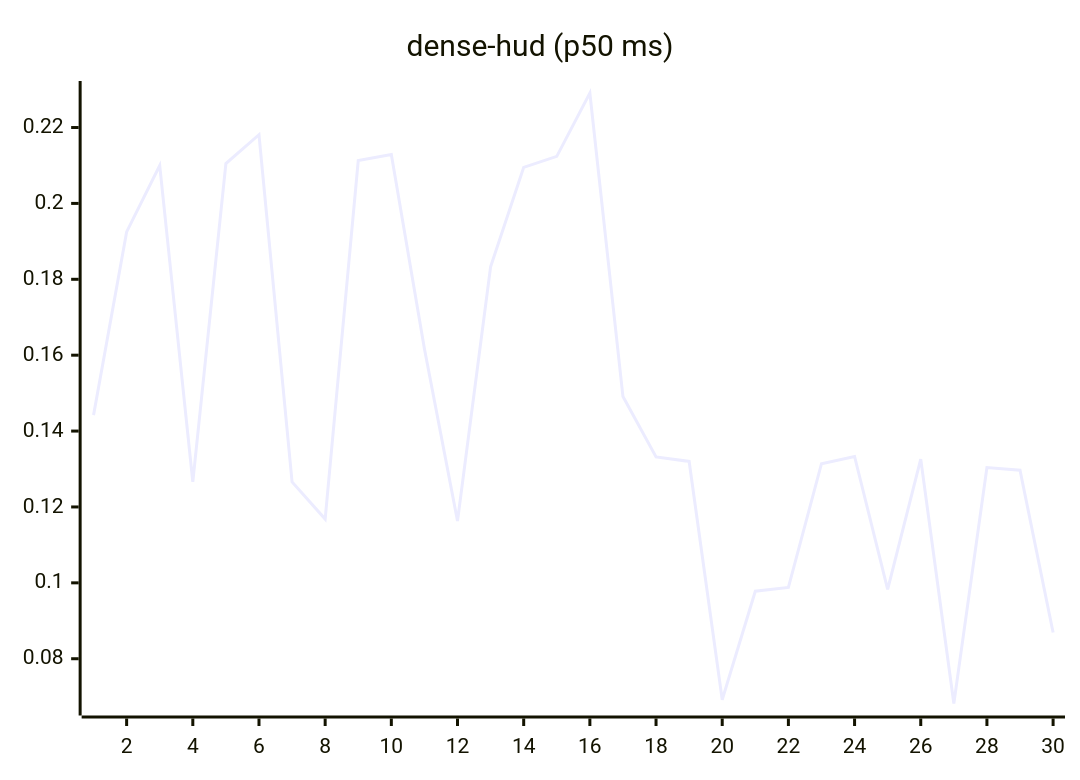
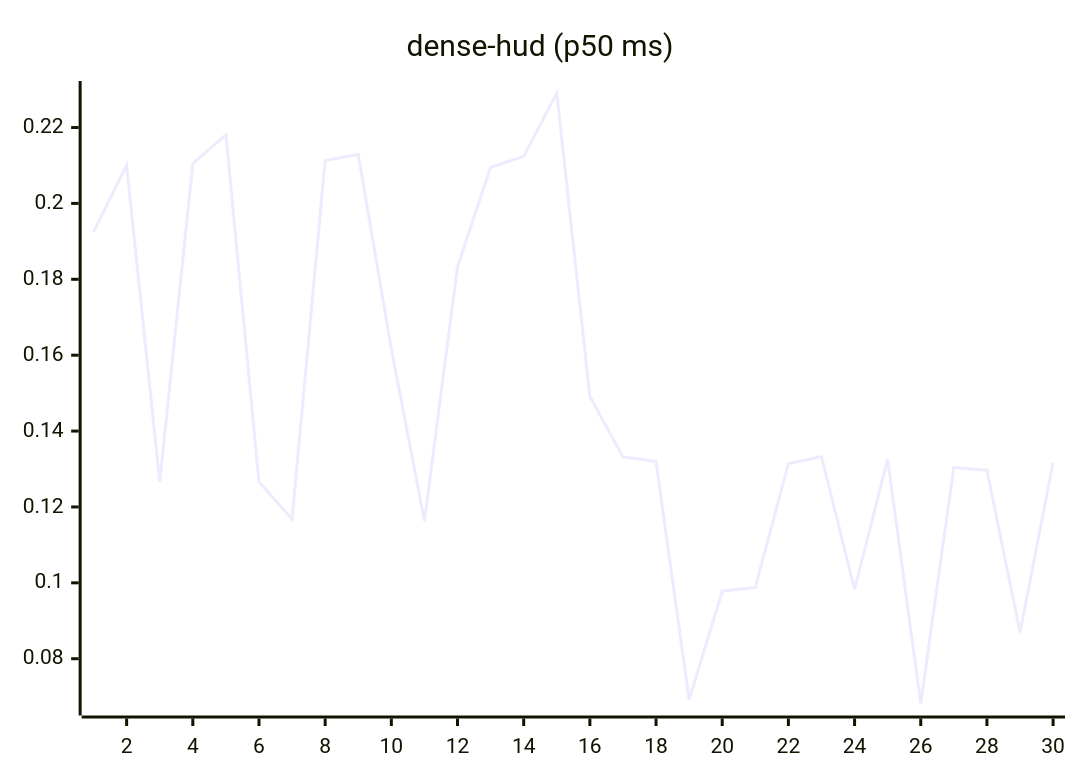
The eighth of 27 diagrams in README.md (josha/Facet), drawn with Mermaid before and after one commit. The commit also changed other lines of this file and 2 other files, not shown here.

````diff
--- a/README.md
+++ b/README.md
@@ -112,6 +112,6 @@
 ```mermaid
 xychart-beta
     title "dense-hud (p50 ms)"
     x-axis 1 --> 30
-    line [0.1442, 0.1925, 0.2100, 0.1266, 0.2105, 0.2181, 0.1266, 0.1168, 0.2113, 0.2129, 0.1617, 0.1163, 0.1833, 0.2095, 0.2124, 0.2291, 0.1491, 0.1332, 0.1320, 0.0692, 0.0978, 0.0988, 0.1314, 0.1333, 0.0983, 0.1326, 0.0682, 0.1304, 0.1297, 0.0869]
+    line [0.1925, 0.2100, 0.1266, 0.2105, 0.2181, 0.1266, 0.1168, 0.2113, 0.2129, 0.1617, 0.1163, 0.1833, 0.2095, 0.2124, 0.2291, 0.1491, 0.1332, 0.1320, 0.0692, 0.0978, 0.0988, 0.1314, 0.1333, 0.0983, 0.1326, 0.0682, 0.1304, 0.1297, 0.0869, 0.1317]
 ```
````
